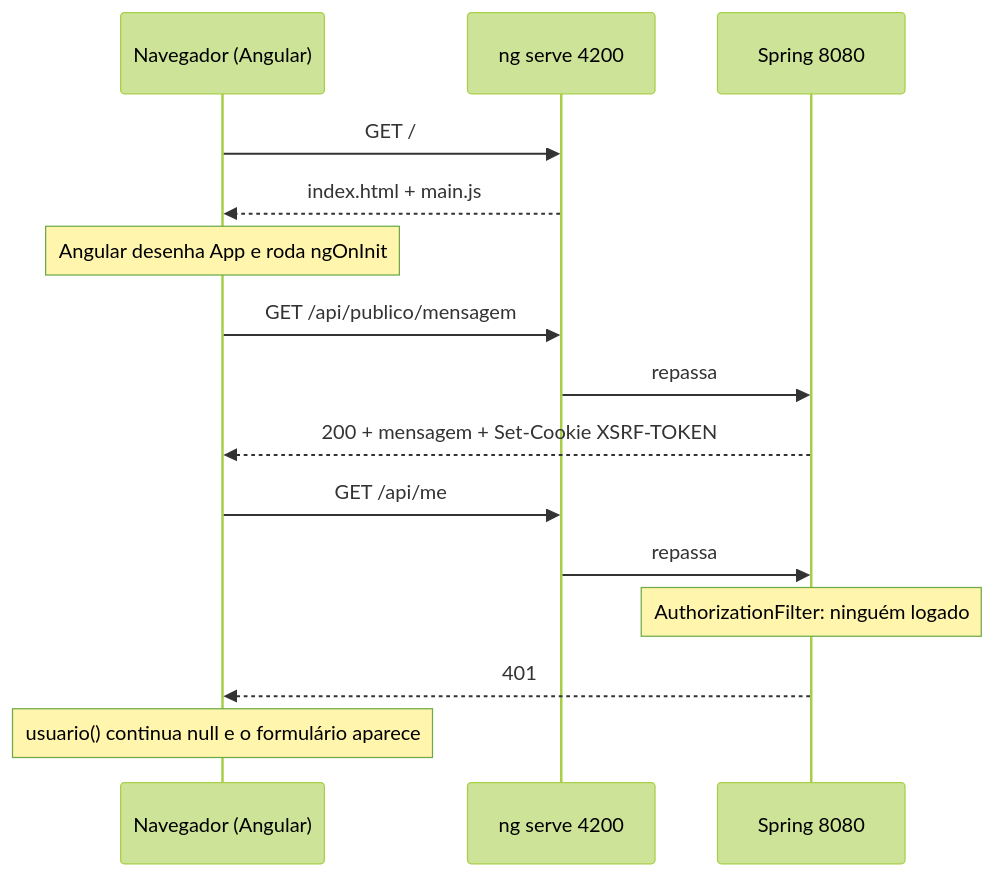
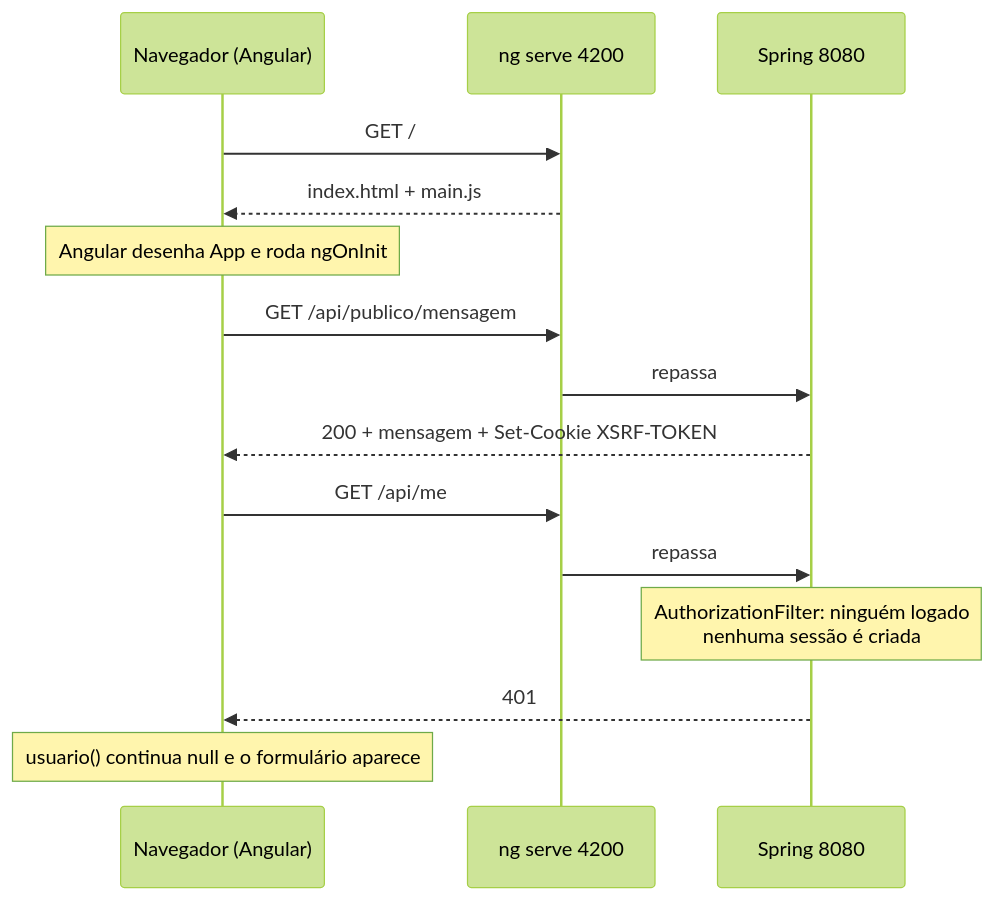
One commit to erickdeoliveiraleal/hello-angular changed the third of 5 diagrams in CURSO.md. Above: the diagram before and after it, drawn with Mermaid (forest theme). The commit also changed other lines of this file and 4 other files, not shown here.

First line of the commit message:
Não cria sessão para quem não está logado

````diff
--- a/CURSO.md
+++ b/CURSO.md
@@ -760,17 +788,17 @@
 ```mermaid
 sequenceDiagram
     participant N as Navegador (Angular)
     participant P as ng serve 4200
     participant S as Spring 8080
     N->>P: GET /
     P-->>N: index.html + main.js
     Note over N: Angular desenha App e roda ngOnInit
     N->>P: GET /api/publico/mensagem
     P->>S: repassa
     S-->>N: 200 + mensagem + Set-Cookie XSRF-TOKEN
     N->>P: GET /api/me
     P->>S: repassa
-    Note over S: AuthorizationFilter: ninguém logado
+    Note over S: AuthorizationFilter: ninguém logado<br/>nenhuma sessão é criada
     S-->>N: 401
     Note over N: usuario() continua null e o formulário aparece
 ```
````
